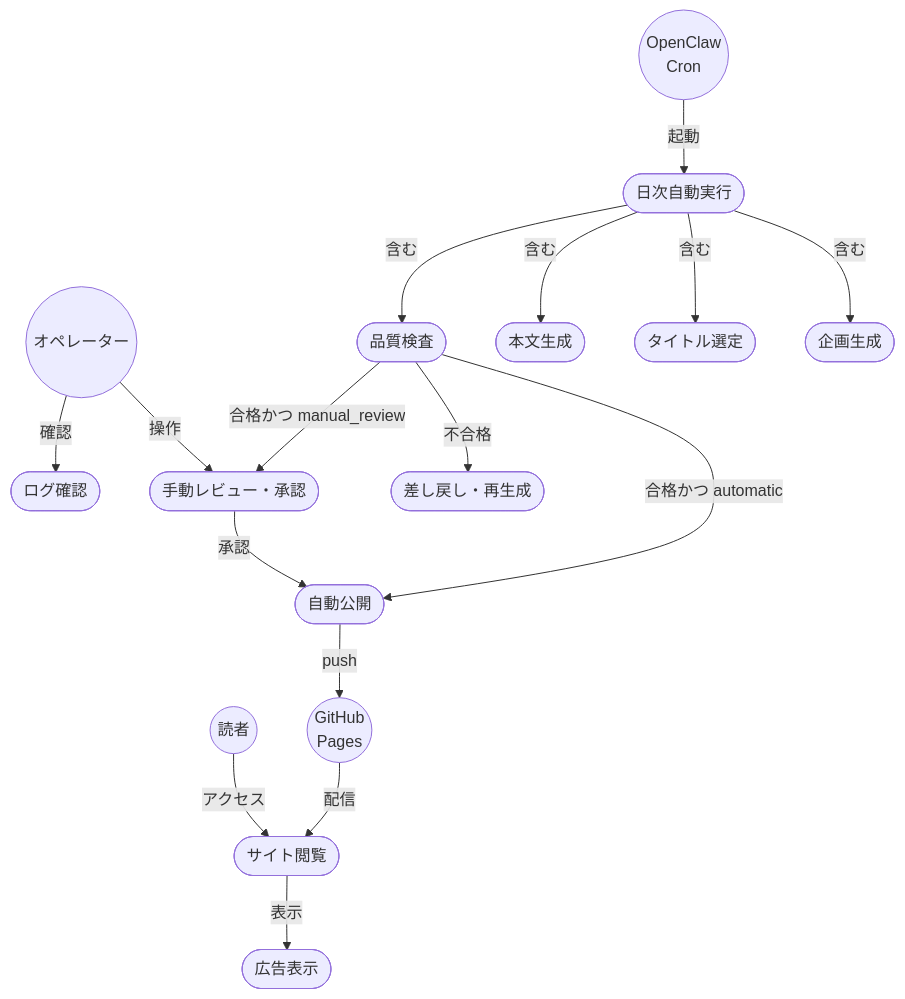
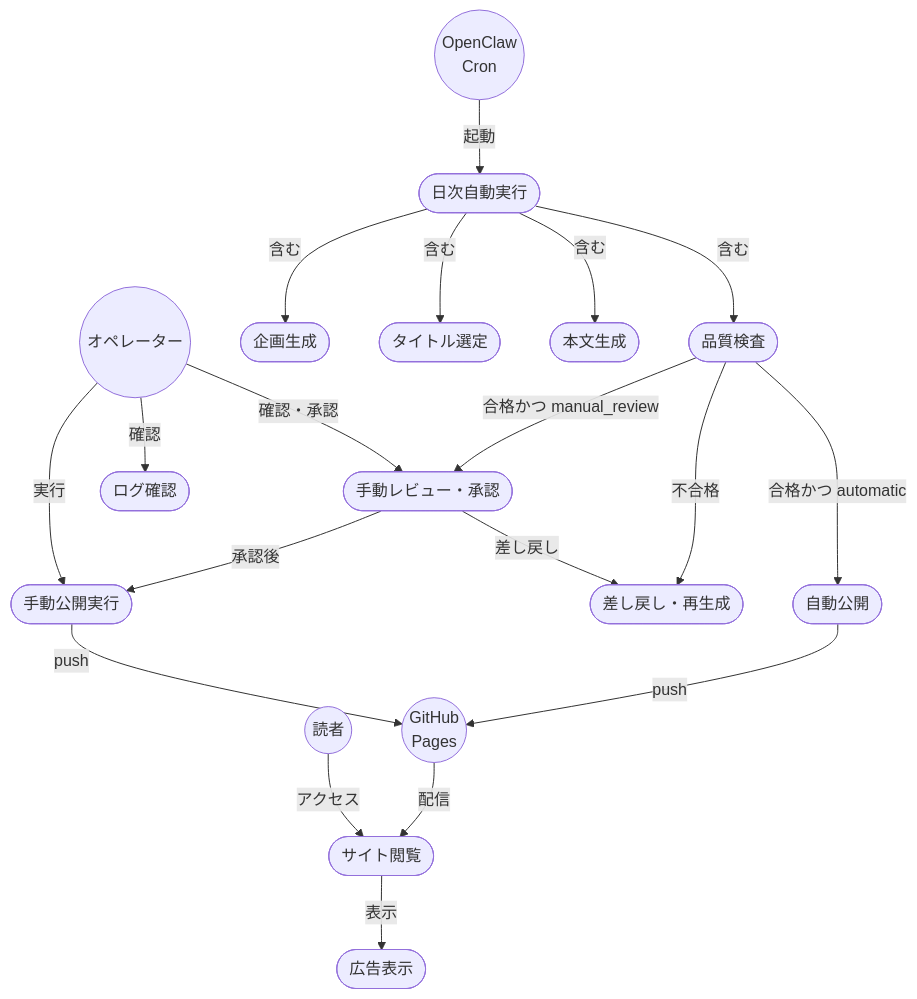
One commit to garyohosu/writer changed the first of 4 diagrams in usecase.md. Above: the diagram before and after it, drawn with Mermaid. The commit also changed other lines of this file and 1 other file, not shown here.

Commit message:
Align use case flow and remove contact page

````diff
--- a/usecase.md
+++ b/usecase.md
@@ -5,35 +5,39 @@
 ```mermaid
 graph TD
     CRON((OpenClaw\nCron))
     OPE((オペレーター))
     READER((読者))
     PAGES((GitHub\nPages))
 
     UC1([日次自動実行])
     UC2([企画生成])
     UC3([タイトル選定])
     UC4([本文生成])
     UC5([品質検査])
     UC6([自動公開])
     UC7([手動レビュー・承認])
     UC8([差し戻し・再生成])
     UC9([ログ確認])
     UC10([サイト閲覧])
     UC11([広告表示])
+    UC12([手動公開実行])
 
     CRON -->|起動| UC1
     UC1 -->|含む| UC2
     UC1 -->|含む| UC3
     UC1 -->|含む| UC4
     UC1 -->|含む| UC5
     UC5 -->|合格かつ automatic| UC6
     UC5 -->|不合格| UC8
     UC5 -->|合格かつ manual_review| UC7
-    UC7 -->|承認| UC6
-    OPE -->|操作| UC7
+    UC7 -->|承認後| UC12
+    UC7 -->|差し戻し| UC8
+    OPE -->|確認・承認| UC7
+    OPE -->|実行| UC12
     OPE -->|確認| UC9
     UC6 -->|push| PAGES
+    UC12 -->|push| PAGES
     PAGES -->|配信| UC10
     READER -->|アクセス| UC10
     UC10 -->|表示| UC11
 ```
````
